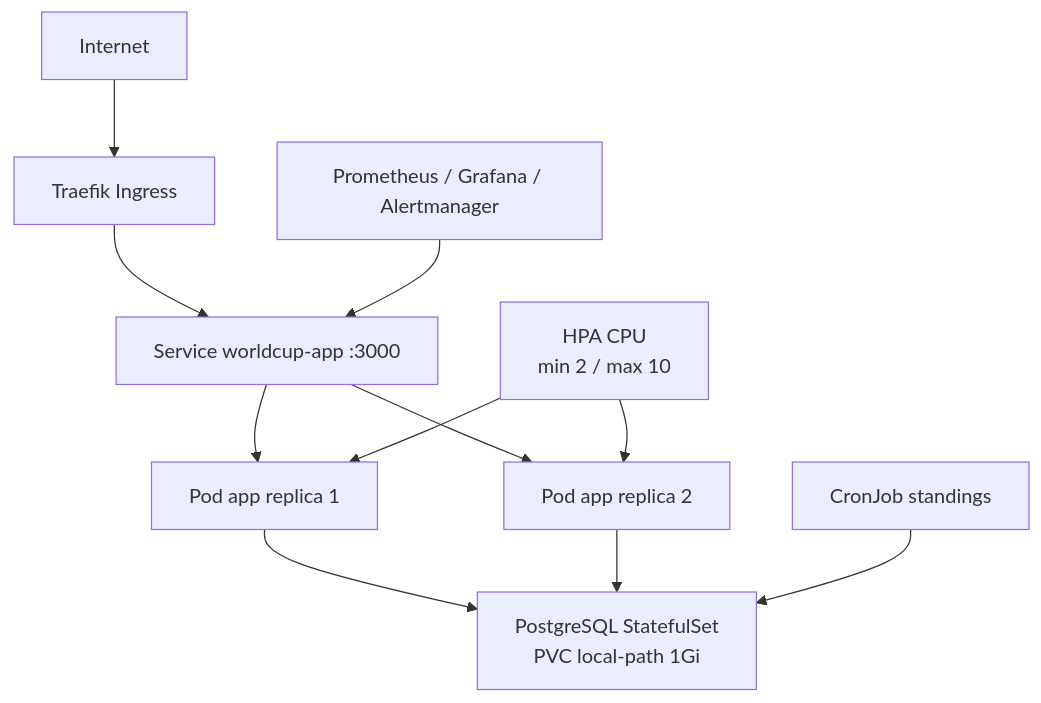
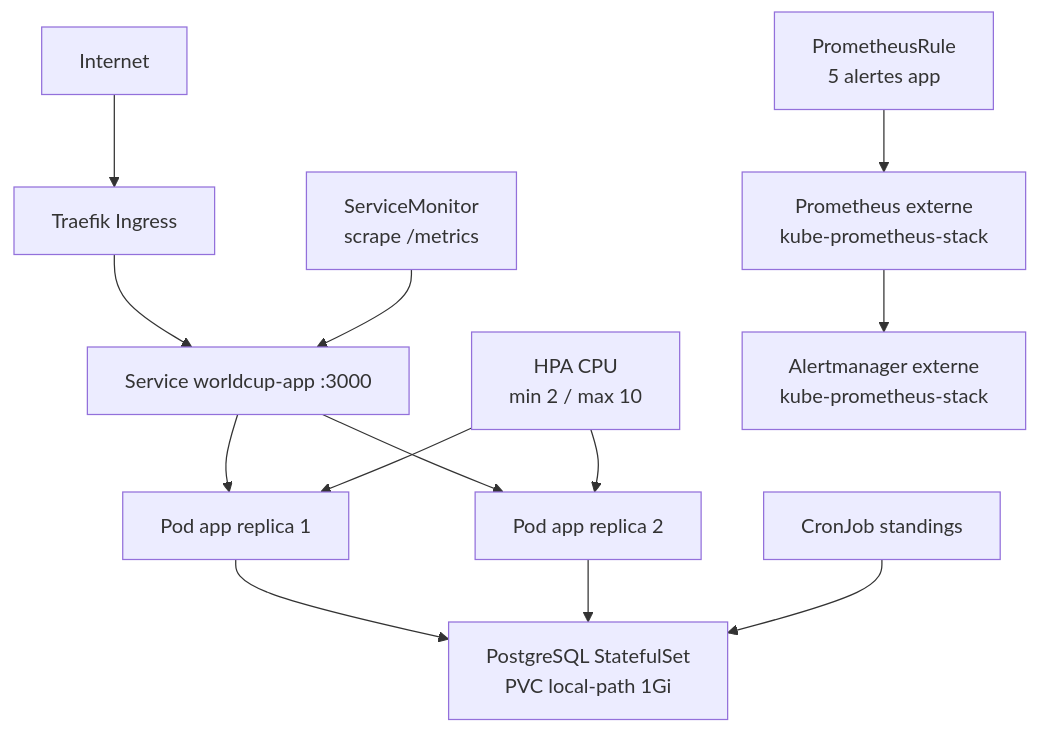
One commit to gardaistheo/capstone-dplc-student-gardais-cavanier changed the diagram in LIVRABLE.md. Above: the diagram before and after it, drawn with Mermaid. The commit also changed other lines of this file, not shown here.

````diff
--- a/LIVRABLE.md
+++ b/LIVRABLE.md
@@ -23,13 +23,15 @@
 ```mermaid
 flowchart TB
     Internet["Internet"] --> Traefik["Traefik Ingress"]
     Traefik --> Service["Service worldcup-app :3000"]
     Service --> PodA["Pod app replica 1"]
     Service --> PodB["Pod app replica 2"]
     HPA["HPA CPU<br/>min 2 / max 10"] --> PodA
     HPA --> PodB
     PodA --> Postgres["PostgreSQL StatefulSet<br/>PVC local-path 1Gi"]
     PodB --> Postgres
-    Prom["Prometheus / Grafana / Alertmanager"] --> Service
+    Prom["ServiceMonitor<br/>scrape /metrics"] --> Service
+    Rules["PrometheusRule<br/>5 alertes app"] --> Prometheus["Prometheus externe<br/>kube-prometheus-stack"]
+    Prometheus --> Alertmanager["Alertmanager externe<br/>kube-prometheus-stack"]
     Cron["CronJob standings"] --> Postgres
 ```
````
